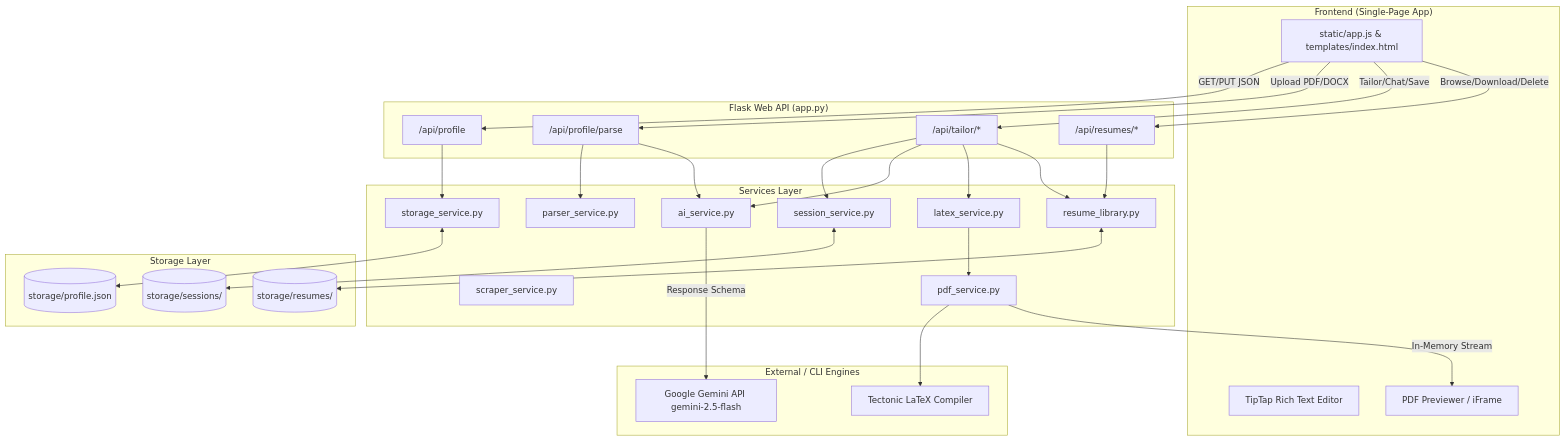
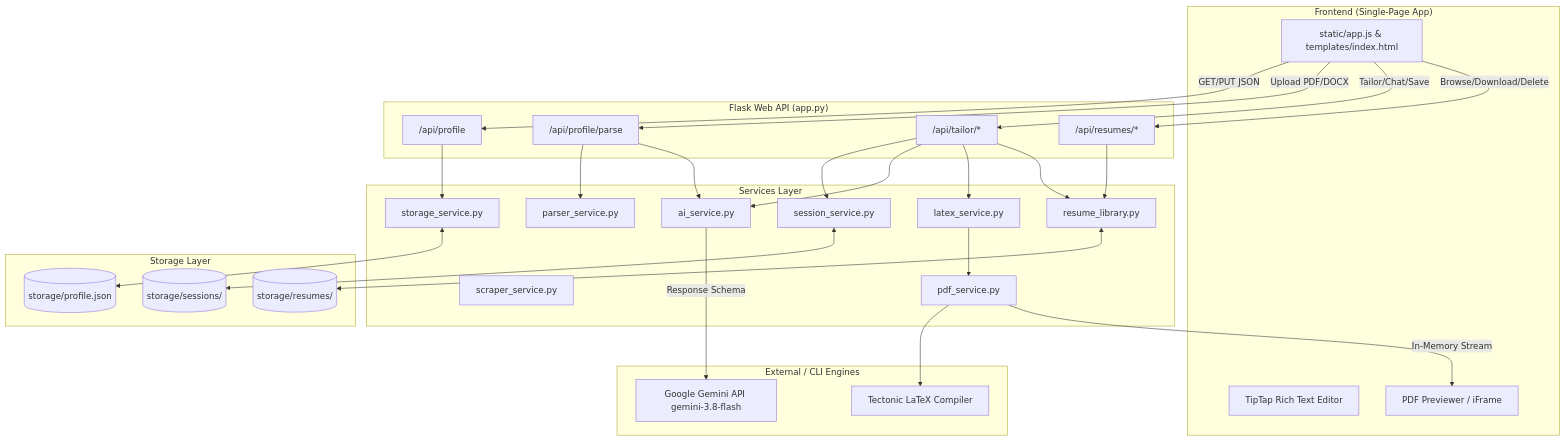
One commit to Hima-11-works/BuildR changed the diagram in HANDOFF.md. Above: the diagram before and after it, drawn with Mermaid. The commit also changed other lines of this file and 3 other files, not shown here.

````diff
--- a/HANDOFF.md
+++ b/HANDOFF.md
@@ -93,63 +93,63 @@
 ```mermaid
 flowchart TD
     subgraph Frontend ["Frontend (Single-Page App)"]
         UI[static/app.js & templates/index.html]
         TipTap[TipTap Rich Text Editor]
         PDFViewer[PDF Previewer / iFrame]
     end
 
     subgraph API ["Flask Web API (app.py)"]
         ProfileAPI["/api/profile"]
         ParseAPI["/api/profile/parse"]
         TailorAPI["/api/tailor/*"]
         LibraryAPI["/api/resumes/*"]
     end
 
     subgraph Logic ["Services Layer"]
         StorageSvc[storage_service.py]
         AISvc[ai_service.py]
         ParserSvc[parser_service.py]
         ScraperSvc[scraper_service.py]
         LaTeXSvc[latex_service.py]
         PDFSvc[pdf_service.py]
         LibSvc[resume_library.py]
         SessSvc[session_service.py]
     end
 
     subgraph LLM ["External / CLI Engines"]
-        Gemini[Google Gemini API gemini-2.5-flash]
+        Gemini[Google Gemini API gemini-3.8-flash]
         Tectonic[Tectonic LaTeX Compiler]
     end
 
     subgraph Disk ["Storage Layer"]
         ProfileJSON[(storage/profile.json)]
         SessionsDir[(storage/sessions/)]
         ResumesDir[(storage/resumes/)]
     end
 
     UI -->|GET/PUT JSON| ProfileAPI
     UI -->|Upload PDF/DOCX| ParseAPI
     UI -->|Tailor/Chat/Save| TailorAPI
     UI -->|Browse/Download/Delete| LibraryAPI
 
     ProfileAPI --> StorageSvc
     StorageSvc <--> ProfileJSON
 
     ParseAPI --> ParserSvc
     ParseAPI --> AISvc
     AISvc -->|Response Schema| Gemini
 
     TailorAPI --> SessSvc
     TailorAPI --> AISvc
     SessSvc <--> SessionsDir
 
     TailorAPI --> LaTeXSvc
     LaTeXSvc --> PDFSvc
     PDFSvc --> Tectonic
 
     TailorAPI --> LibSvc
     LibraryAPI --> LibSvc
     LibSvc <--> ResumesDir
 
     PDFSvc -->|In-Memory Stream| PDFViewer
 ```
````
